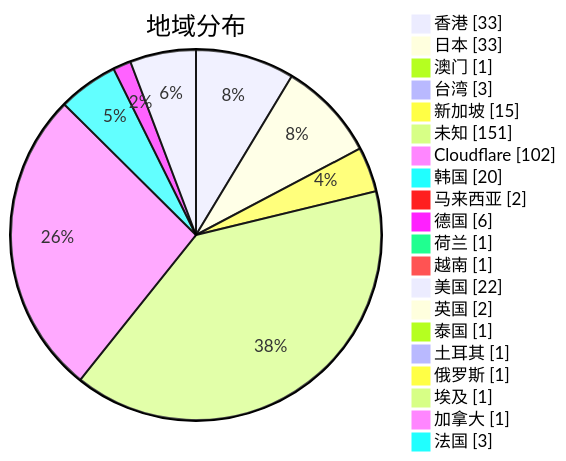
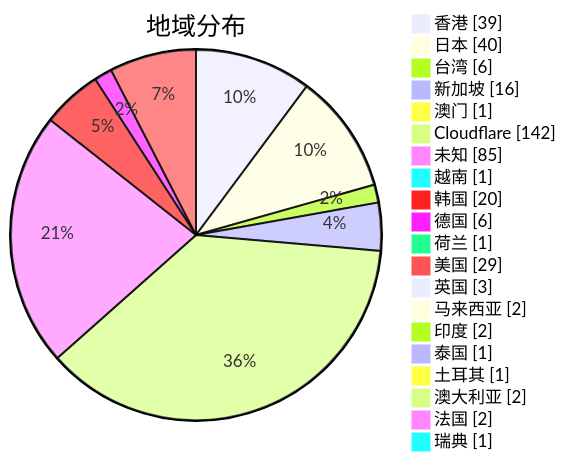
The second of 3 diagrams in subs/statistics/tested_within.md (qjlxg/airport), drawn with Mermaid before and after one commit. The commit also changed other lines of this file and 2 other files, not shown here.

Commit message:
Tested by metaST

````diff
--- a/subs/statistics/tested_within.md
+++ b/subs/statistics/tested_within.md
@@ -13,24 +13,24 @@
 ```mermaid
 pie showData
 title 地域分布
-"香港" : 33
-"日本" : 33
+"香港" : 39
+"日本" : 40
+"台湾" : 6
+"新加坡" : 16
 "澳门" : 1
-"台湾" : 3
-"新加坡" : 15
-"未知" : 151
-"Cloudflare" : 102
+"Cloudflare" : 142
+"未知" : 85
+"越南" : 1
 "韩国" : 20
-"马来西亚" : 2
 "德国" : 6
 "荷兰" : 1
-"越南" : 1
-"美国" : 22
-"英国" : 2
+"美国" : 29
+"英国" : 3
+"马来西亚" : 2
+"印度" : 2
 "泰国" : 1
 "土耳其" : 1
-"俄罗斯" : 1
-"埃及" : 1
-"加拿大" : 1
-"法国" : 3
+"澳大利亚" : 2
+"法国" : 2
+"瑞典" : 1
 ```
````
